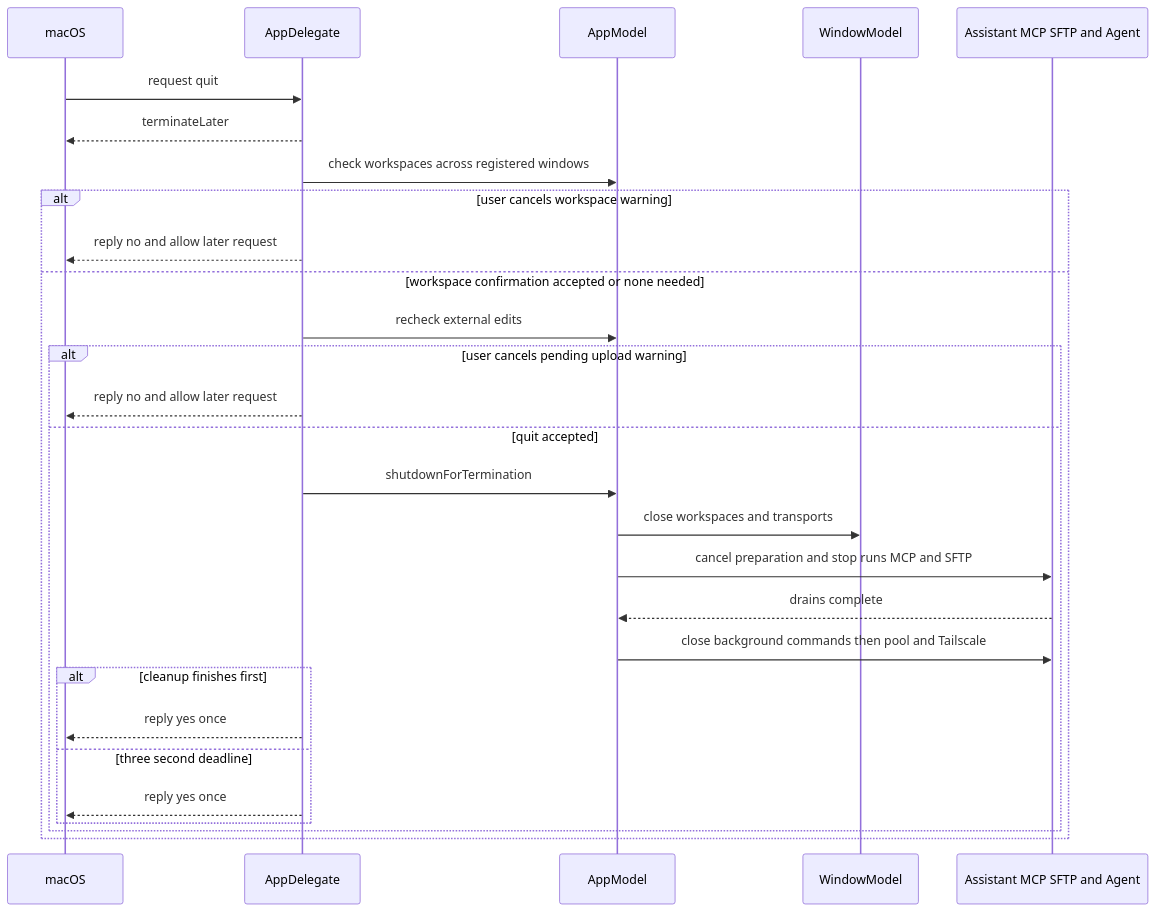
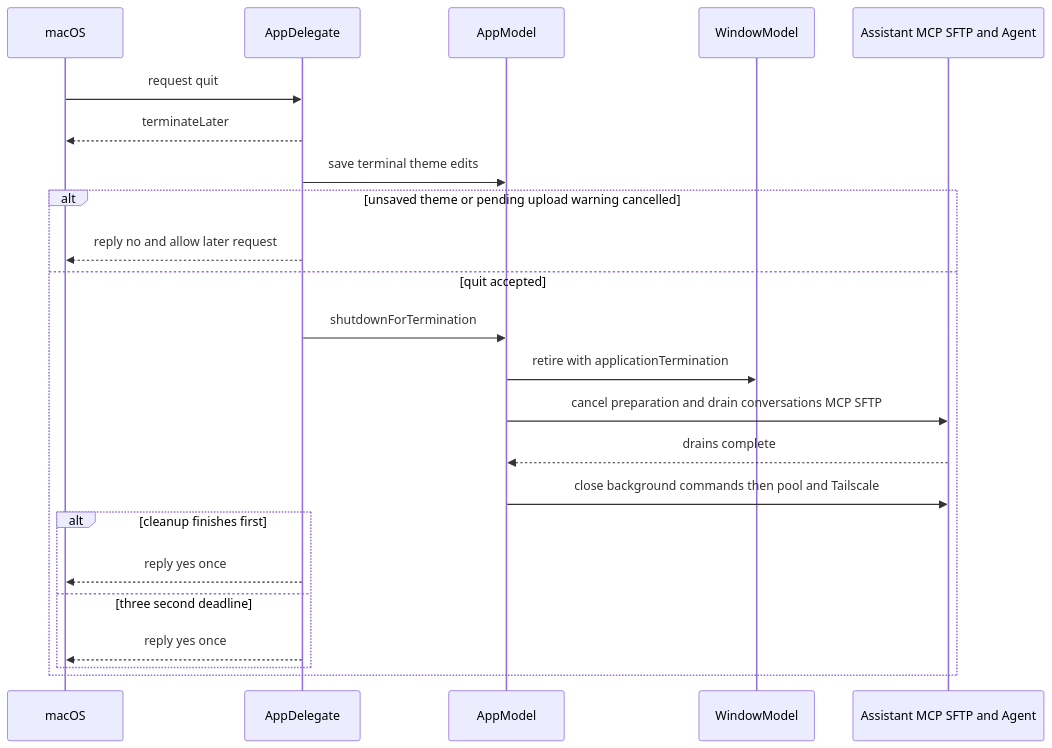
Before and after one commit to AkinoKaede/Termind: the eighth of 9 diagrams in openwiki/workflows/ssh-session-lifecycle.md, drawn with Mermaid. The commit also changed other lines of this file and 67 other files, not shown here.

````diff
--- a/openwiki/workflows/ssh-session-lifecycle.md
+++ b/openwiki/workflows/ssh-session-lifecycle.md
@@ -427,30 +486,25 @@
 ```mermaid
 sequenceDiagram
     participant OS as macOS
     participant Delegate as AppDelegate
     participant App as AppModel
     participant Windows as WindowModel
     participant Services as Assistant MCP SFTP and Agent
     OS->>Delegate: request quit
     Delegate-->>OS: terminateLater
-    Delegate->>App: check workspaces across registered windows
-    alt user cancels workspace warning
+    Delegate->>App: save terminal theme edits
+    alt unsaved theme or pending upload warning cancelled
         Delegate-->>OS: reply no and allow later request
-    else workspace confirmation accepted or none needed
-        Delegate->>App: recheck external edits
-        alt user cancels pending upload warning
-            Delegate-->>OS: reply no and allow later request
-        else quit accepted
-            Delegate->>App: shutdownForTermination
-            App->>Windows: close workspaces and transports
-            App->>Services: cancel preparation and stop runs MCP and SFTP
-            Services-->>App: drains complete
-            App->>Services: close background commands then pool and Tailscale
-            alt cleanup finishes first
-                Delegate-->>OS: reply yes once
-            else three second deadline
-                Delegate-->>OS: reply yes once
-            end
+    else quit accepted
+        Delegate->>App: shutdownForTermination
+        App->>Windows: retire with applicationTermination
+        App->>Services: cancel preparation and drain conversations MCP SFTP
+        Services-->>App: drains complete
+        App->>Services: close background commands then pool and Tailscale
+        alt cleanup finishes first
+            Delegate-->>OS: reply yes once
+        else three second deadline
+            Delegate-->>OS: reply yes once
         end
     end
 ```
````
